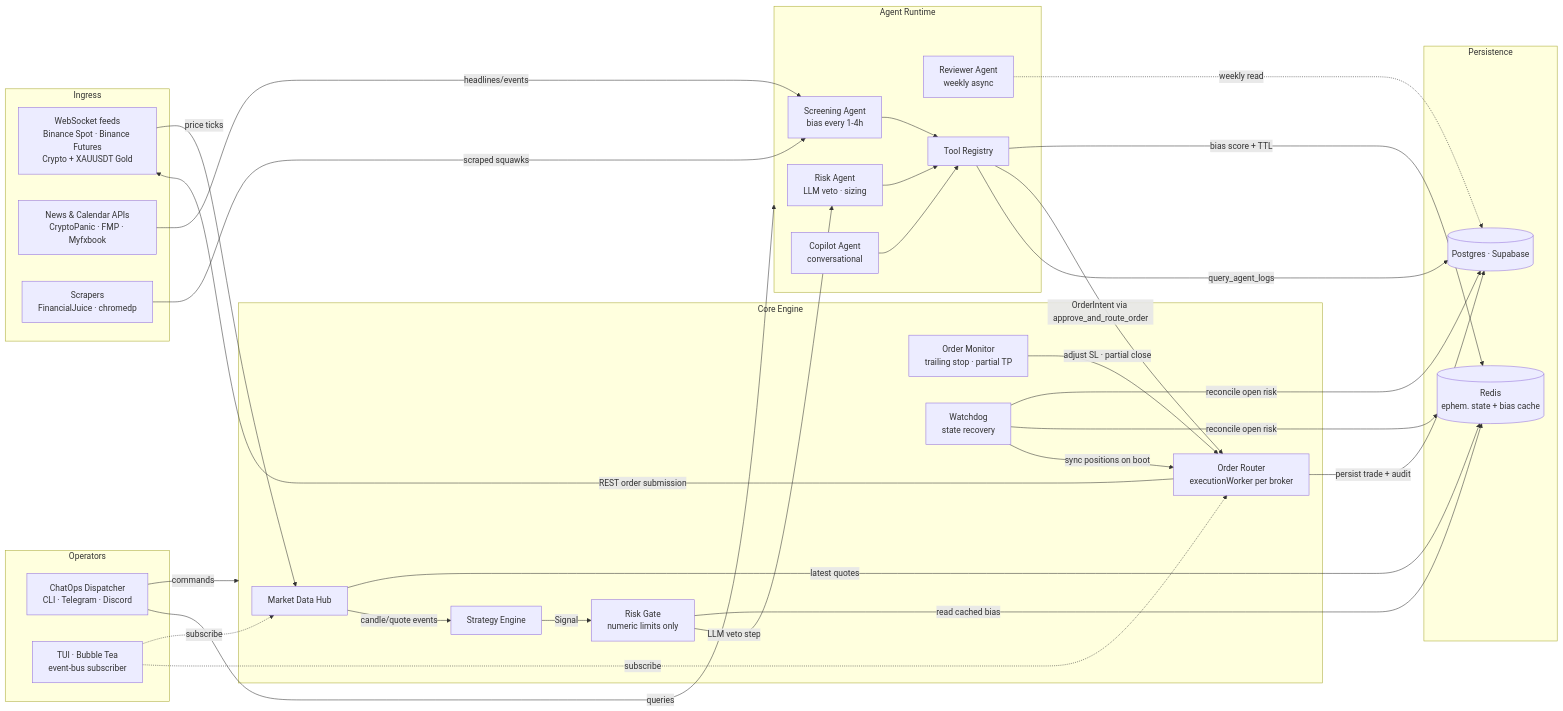
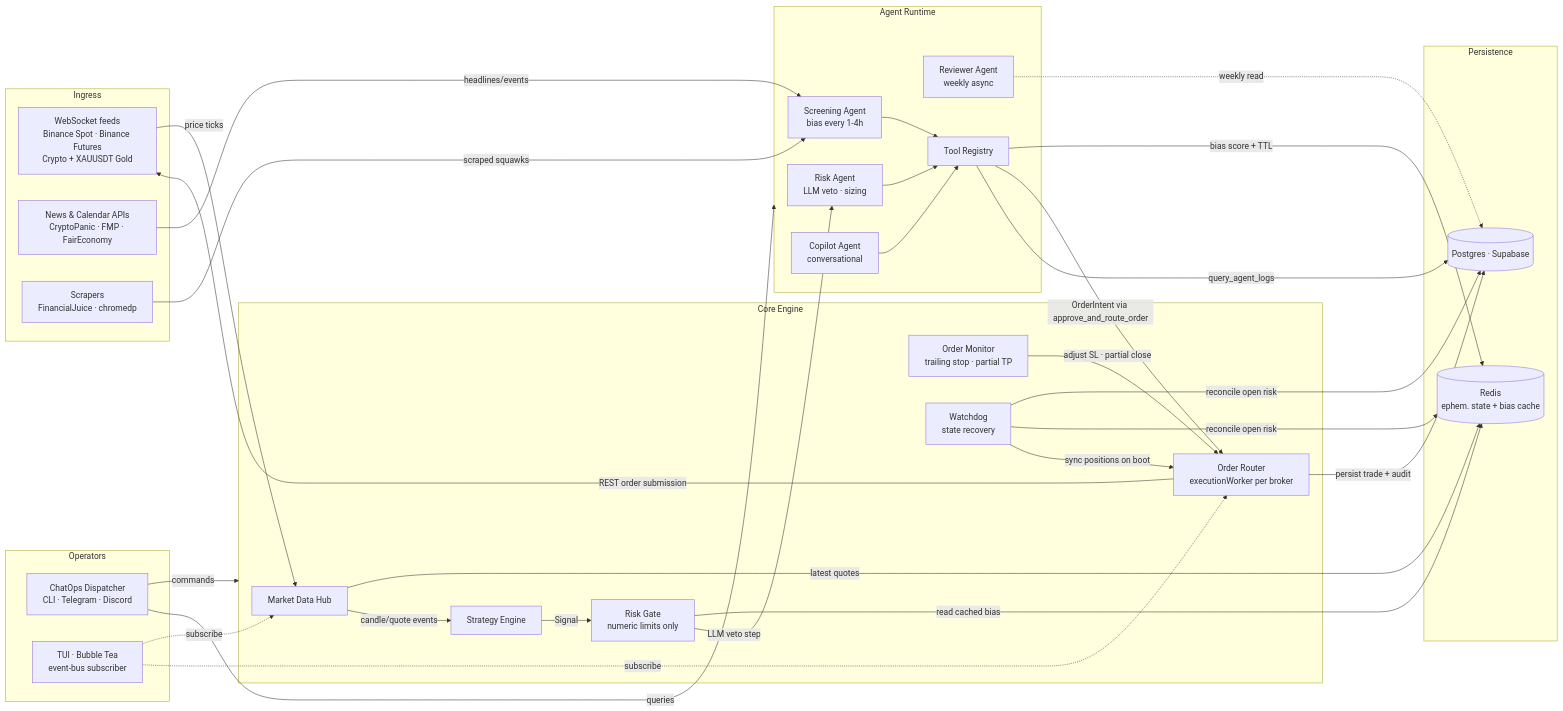
One commit to AzzBAN/cerebro changed the diagram in TECHNICAL_DESIGN.md. Above: the diagram before and after it, drawn with Mermaid. The commit also changed other lines of this file and 158 other files, not shown here.

````diff
--- a/TECHNICAL_DESIGN.md
+++ b/TECHNICAL_DESIGN.md
@@ -27,61 +27,61 @@
 ```mermaid
 flowchart LR
   subgraph ingress [Ingress]
     WS[WebSocket feeds\nBinance Spot · Binance Futures\nCrypto + XAUUSDT Gold]
-    NAP[News & Calendar APIs\nCryptoPanic · FMP · Myfxbook]
+    NAP[News & Calendar APIs\nCryptoPanic · FMP · FairEconomy]
     SCR[Scrapers\nFinancialJuice · chromedp]
   end
 
   subgraph core [Core Engine]
     MD[Market Data Hub]
     SE[Strategy Engine]
     RG[Risk Gate\nnumeric limits only]
     OR[Order Router\nexecutionWorker per broker]
     OM[Order Monitor\ntrailing stop · partial TP]
     WD[Watchdog\nstate recovery]
   end
 
   subgraph agents [Agent Runtime]
     SA[Screening Agent\nbias every 1-4h]
     RA[Risk Agent\nLLM veto · sizing]
     CA[Copilot Agent\nconversational]
     RV[Reviewer Agent\nweekly async]
     TR[Tool Registry]
   end
 
   subgraph persist [Persistence]
     PG[(Postgres · Supabase)]
     RD[(Redis\nephem. state + bias cache)]
   end
 
   subgraph ops [Operators]
     CO[ChatOps Dispatcher\nCLI · Telegram · Discord]
     TUI[TUI · Bubble Tea\nevent-bus subscriber]
   end
 
   WS -->|price ticks| MD
   NAP -->|headlines/events| SA
   SCR -->|scraped squawks| SA
   SA --> TR
   TR -->|bias score + TTL| RD
   MD -->|latest quotes| RD
   MD -->|candle/quote events| SE
   SE -->|Signal| RG
   RG -->|read cached bias| RD
   RG -->|LLM veto step| RA
   RA --> TR
   TR -->|OrderIntent via approve_and_route_order| OR
   OR -->|REST order submission| WS
   OR -->|persist trade + audit| PG
   OM -->|adjust SL · partial close| OR
   WD -->|reconcile open risk| PG
   WD -->|reconcile open risk| RD
   WD -->|sync positions on boot| OR
   CA --> TR
   TR -->|query_agent_logs| PG
   RV -.->|weekly read| PG
   CO -->|commands| core
   CO -->|queries| agents
   TUI -.->|subscribe| MD
   TUI -.->|subscribe| OR
 ```
````
